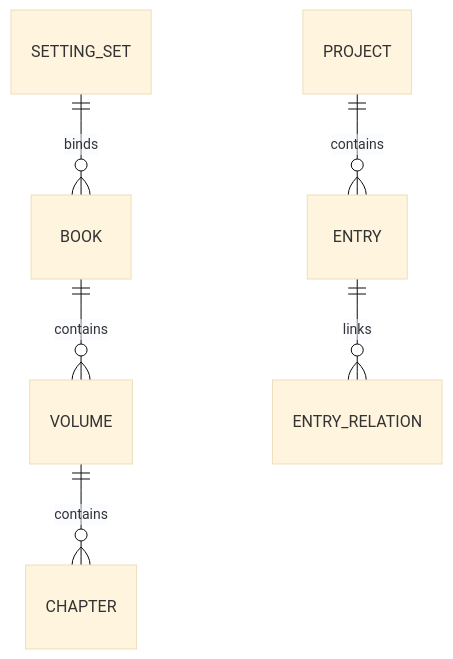
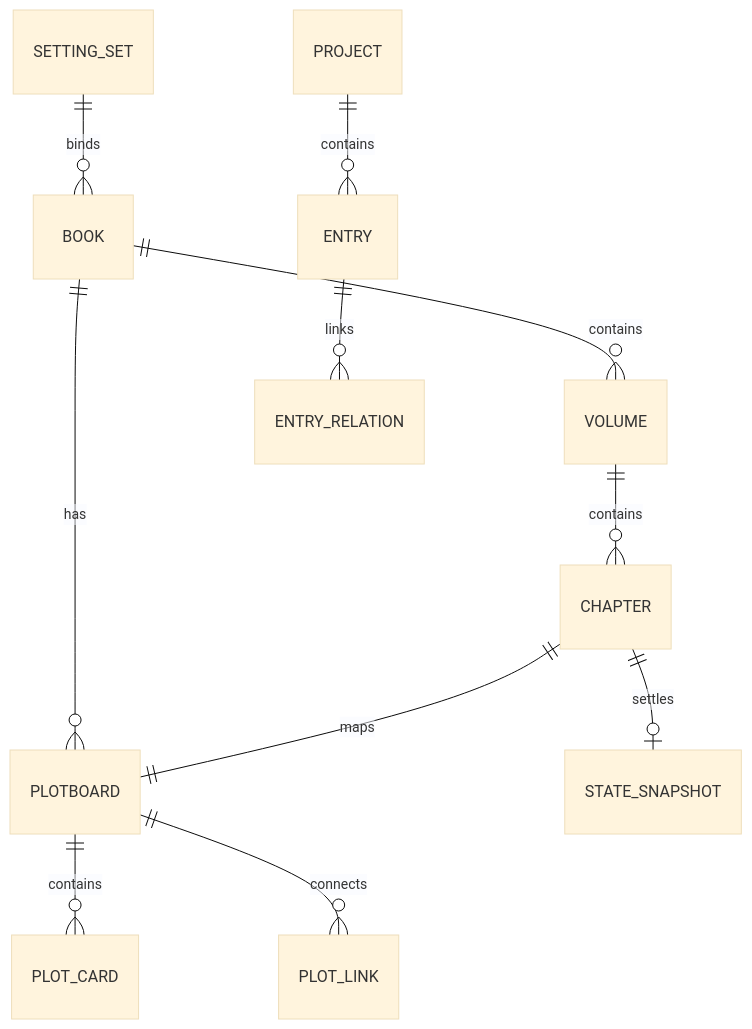
Before and after one commit to superwyq/HetuSketch: the diagram in docs/20-architecture/data-model.md, drawn with Mermaid (base theme). The commit also changed other lines of this file and 57 other files, not shown here.

````diff
--- a/docs/20-architecture/data-model.md
+++ b/docs/20-architecture/data-model.md
@@ -7,8 +7,13 @@
 ```mermaid
 erDiagram
   SETTING_SET ||--o{ BOOK : binds
   BOOK ||--o{ VOLUME : contains
   VOLUME ||--o{ CHAPTER : contains
+  BOOK ||--o{ PLOTBOARD : has
+  CHAPTER ||--|| PLOTBOARD : maps
+  CHAPTER ||--o| STATE_SNAPSHOT : settles
   PROJECT ||--o{ ENTRY : contains
   ENTRY ||--o{ ENTRY_RELATION : links
+  PLOTBOARD ||--o{ PLOT_CARD : contains
+  PLOTBOARD ||--o{ PLOT_LINK : connects
 ```
````
